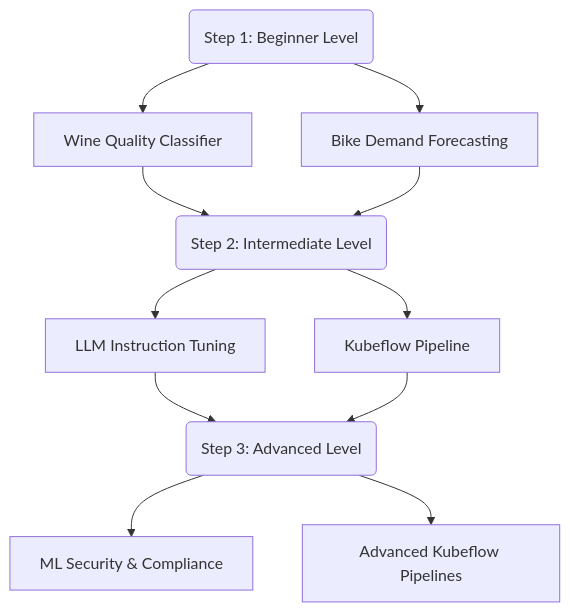
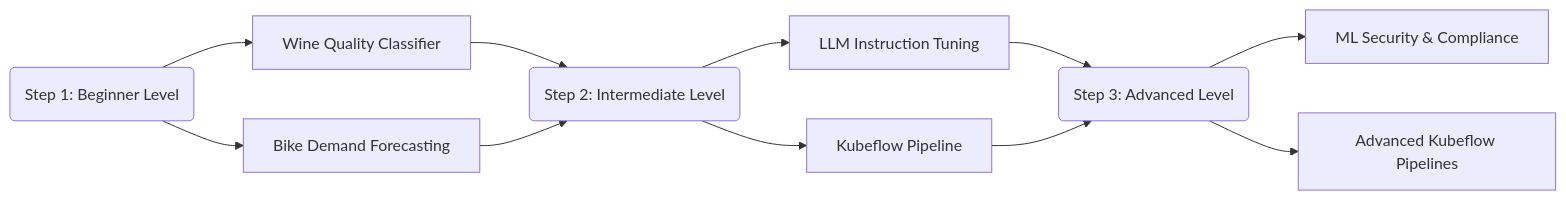
Before and after one commit to MohammadB88/MLOps-Workshop-Exercises: the diagram in docs/workshop-overview.md, drawn with Mermaid. The commit also changed 1 other file, not shown here.

Commit message:
restructure nav into beginner/intermediate/advanced sections and make mermaid diagram horizontal

````diff
--- a/docs/workshop-overview.md
+++ b/docs/workshop-overview.md
@@ -21,14 +21,14 @@
 ```mermaid
-graph TD
+graph LR
     B(Step 1: Beginner Level)
     B --> B1[Wine Quality Classifier]
     B --> B2[Bike Demand Forecasting]
     B1 --> I(Step 2: Intermediate Level)
     B2 --> I
     I --> I1[LLM Instruction Tuning]
     I --> I2[Kubeflow Pipeline]
     I1 --> A(Step 3: Advanced Level)
     I2 --> A
     A --> A1[ML Security & Compliance]
     A --> A2[Advanced Kubeflow Pipelines]
 ```
````
